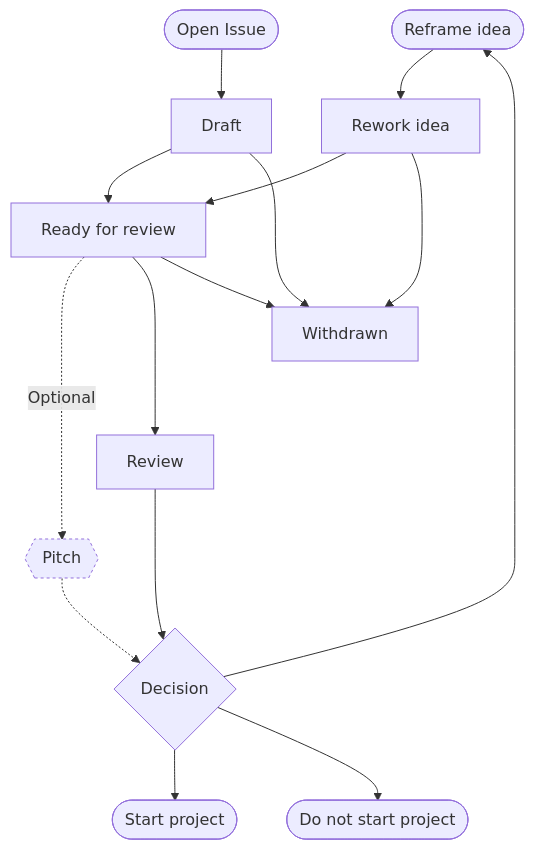
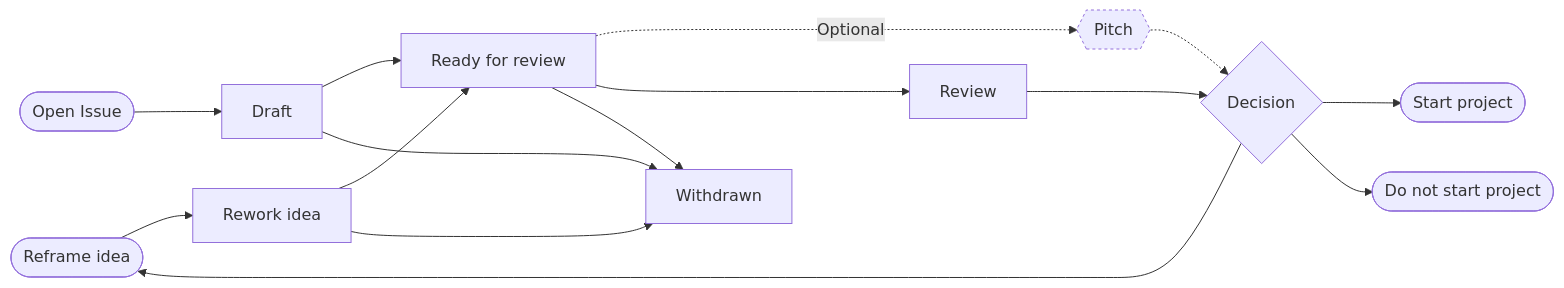
The diagram in README.md (privacy-scaling-explorations/ideas), drawn with Mermaid before and after one commit.

Commit message:
Change diagram orientation

````diff
--- a/README.md
+++ b/README.md
@@ -9,24 +9,24 @@
 ```mermaid
-graph TB
+graph LR
   reframe --> rework[Rework idea]
 
   open([Open Issue])--> draft[Draft]
   draft --> ready[Ready for review]
   ready -. Optional .-> pitch{{Pitch}}
   ready ---> review[Review]
   review ---> decision{Decision}
   pitch -.-> decision
   rework --> ready
 
   decision --> reframe([Reframe idea])
   decision --> project([Start project])
   decision --> dismiss([Do not start project])
 
 
   
   draft --> withdrawn[Withdrawn]
   ready --> withdrawn
   rework --> withdrawn
   
   style pitch stroke-dasharray: 3 3
 ```
````
